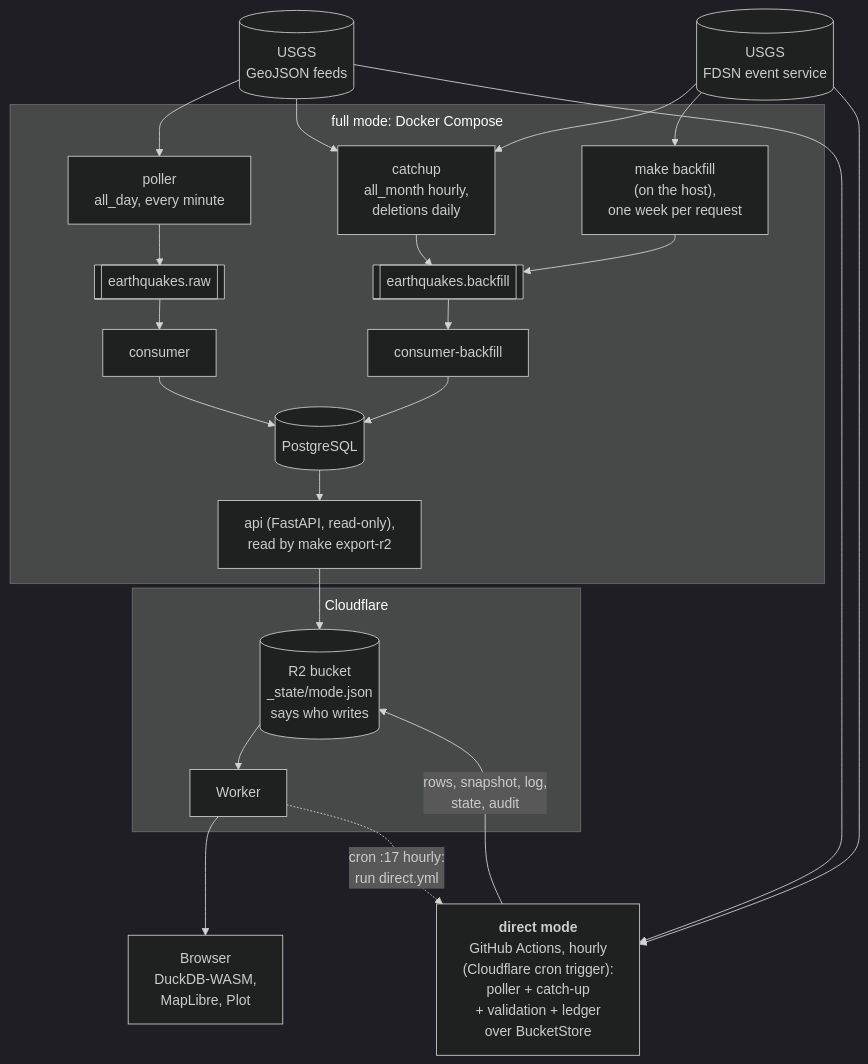
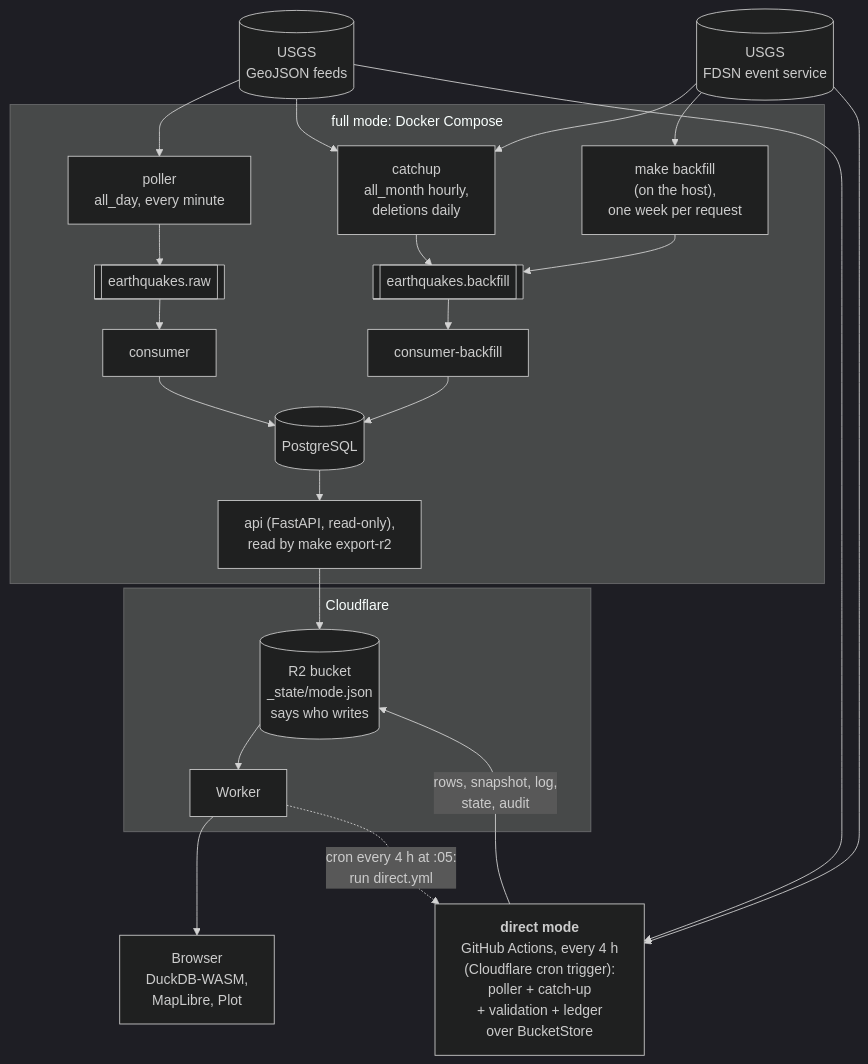
Before and after one commit to dienarvaez1/earth-hub: the first of 8 diagrams in docs/technical/architecture.md, drawn with Mermaid (dark theme). The commit also changed other lines of this file and 33 other files, not shown here.

First line of the commit message:
feat: /eh-reconcile for any range by day, month or year; direct rounds every 4 hours; DEF-066 and DEF-067 (open); DEF-064/065 fixed in #69 (#70)

````diff
--- a/docs/technical/architecture.md
+++ b/docs/technical/architecture.md
@@ -7,47 +7,47 @@
 ```mermaid
 %%{init: {"flowchart": {"rankSpacing": 35, "nodeSpacing": 100, "subGraphTitleMargin": {"top": 8, "bottom": 22}}}}%%
 flowchart TB
     usgs[("USGS<br/>GeoJSON feeds")]
     fdsn[("USGS<br/>FDSN event service")]
 
     subgraph docker["full mode: Docker Compose"]
         poller["poller<br/>all_day, every minute"]
         catchup["catchup<br/>all_month hourly,<br/>deletions daily"]
         backfill["make backfill<br/>(on the host),<br/>one week per request"]
         raw[["earthquakes.raw"]]
         bf[["earthquakes.backfill"]]
         consumer["consumer"]
         consumerbf["consumer-backfill"]
         pg[("PostgreSQL")]
         api["api (FastAPI, read-only),<br/>read by make export-r2"]
     end
 
-    direct["<b>direct mode</b><br/>GitHub Actions, hourly<br/>(Cloudflare cron trigger):<br/>poller + catch-up<br/>+ validation + ledger<br/>over BucketStore"]
+    direct["<b>direct mode</b><br/>GitHub Actions, every 4 h<br/>(Cloudflare cron trigger):<br/>poller + catch-up<br/>+ validation + ledger<br/>over BucketStore"]
 
     subgraph cloud["Cloudflare"]
         r2[("R2 bucket<br/>_state/mode.json<br/>says who writes")]
         worker["Worker"]
     end
 
     browser["Browser<br/>DuckDB-WASM,<br/>MapLibre, Plot"]
 
     usgs --> poller
     usgs --> catchup
     fdsn --> catchup
     fdsn --> backfill
     usgs --> direct
     fdsn --> direct
     poller --> raw
     catchup --> bf
     backfill --> bf
     raw --> consumer
     bf --> consumerbf
     consumer --> pg
     consumerbf --> pg
     pg --> api
     api --> r2
     direct -- "rows, snapshot, log,<br/>state, audit" --> r2
     r2 --> worker
     worker --> browser
-    worker -. "cron :17 hourly:<br/>run direct.yml" .-> direct
+    worker -. "cron every 4 h at :05:<br/>run direct.yml" .-> direct
 ```
````
